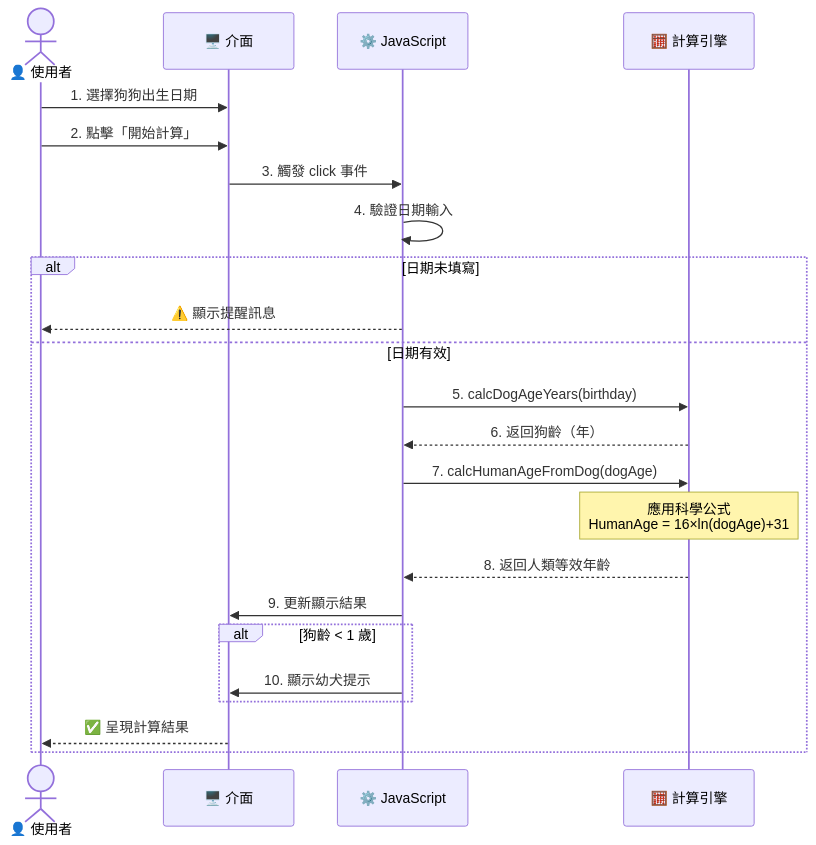
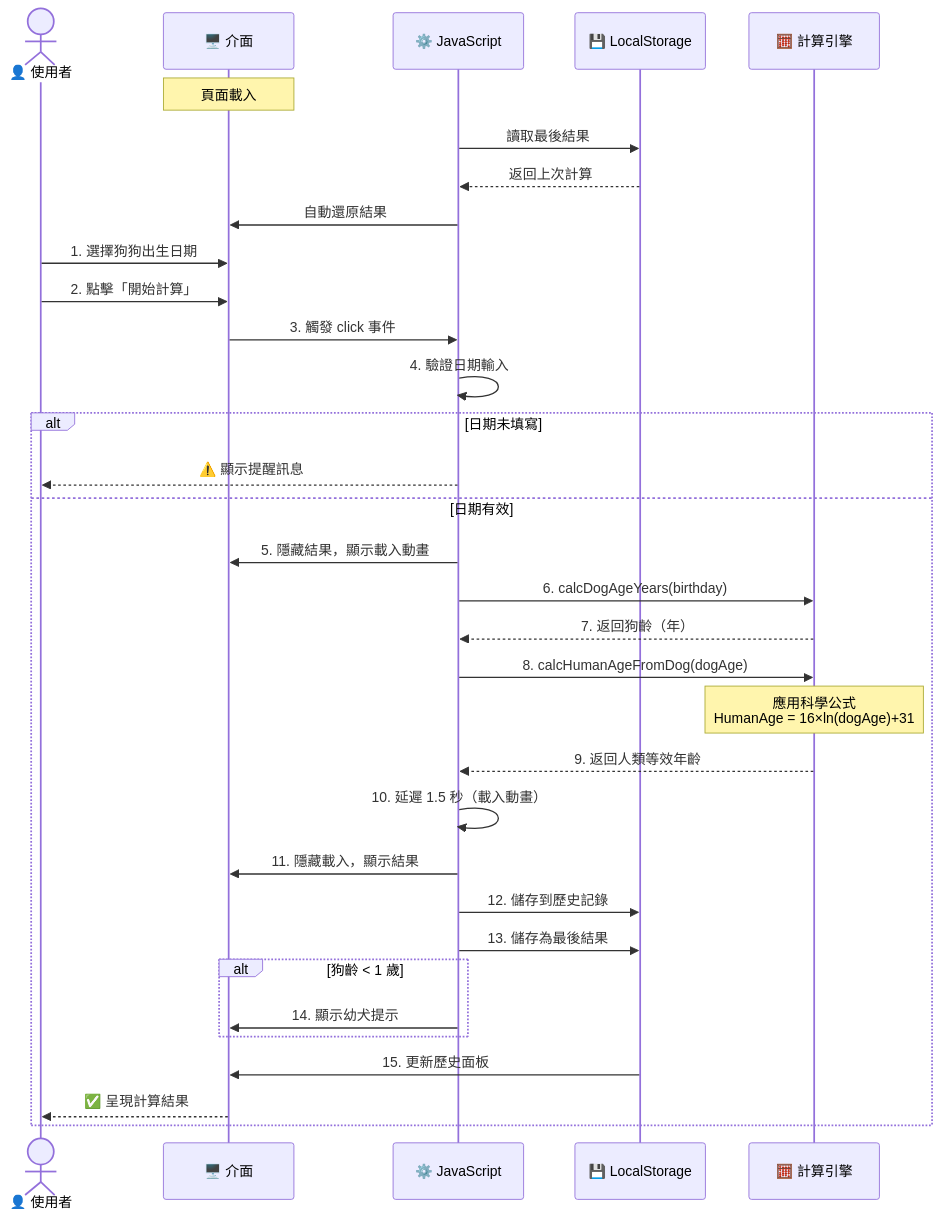
One commit to dpi627/HexVC3DailyTask08 changed the second of 6 diagrams in README.md. Above: the diagram before and after it, drawn with Mermaid. The commit also changed other lines of this file, not shown here.

Commit message:
更新 README.md，擴充專案簡介與核心特色，新增圖片輪播、智慧儲存及響應式設計等功能說明，並調整開發規範與功能亮點總覽

````diff
--- a/README.md
+++ b/README.md
@@ -76,29 +134,44 @@
 ```mermaid
 sequenceDiagram
     actor User as 👤 使用者
     participant UI as 🖥️ 介面
     participant JS as ⚙️ JavaScript
+    participant Storage as 💾 LocalStorage
     participant Calc as 🧮 計算引擎
-    
+
+    Note over UI: 頁面載入
+    JS->>Storage: 讀取最後結果
+    Storage-->>JS: 返回上次計算
+    JS->>UI: 自動還原結果
+
     User->>UI: 1. 選擇狗狗出生日期
     User->>UI: 2. 點擊「開始計算」
     UI->>JS: 3. 觸發 click 事件
-    
+
     JS->>JS: 4. 驗證日期輸入
     alt 日期未填寫
         JS-->>User: ⚠️ 顯示提醒訊息
     else 日期有效
-        JS->>Calc: 5. calcDogAgeYears(birthday)
-        Calc-->>JS: 6. 返回狗齡（年）
-        
-        JS->>Calc: 7. calcHumanAgeFromDog(dogAge)
+        JS->>UI: 5. 隱藏結果，顯示載入動畫
+
+        JS->>Calc: 6. calcDogAgeYears(birthday)
+        Calc-->>JS: 7. 返回狗齡（年）
+
+        JS->>Calc: 8. calcHumanAgeFromDog(dogAge)
         Note over Calc: 應用科學公式<br/>HumanAge = 16×ln(dogAge)+31
-        Calc-->>JS: 8. 返回人類等效年齡
-        
-        JS->>UI: 9. 更新顯示結果
+        Calc-->>JS: 9. 返回人類等效年齡
+
+        JS->>JS: 10. 延遲 1.5 秒（載入動畫）
+
+        JS->>UI: 11. 隱藏載入，顯示結果
+        JS->>Storage: 12. 儲存到歷史記錄
+        JS->>Storage: 13. 儲存為最後結果
+
         alt 狗齡 < 1 歲
-            JS->>UI: 10. 顯示幼犬提示
+            JS->>UI: 14. 顯示幼犬提示
         end
+
+        Storage->>UI: 15. 更新歷史面板
         UI-->>User: ✅ 呈現計算結果
     end
 ```
````
